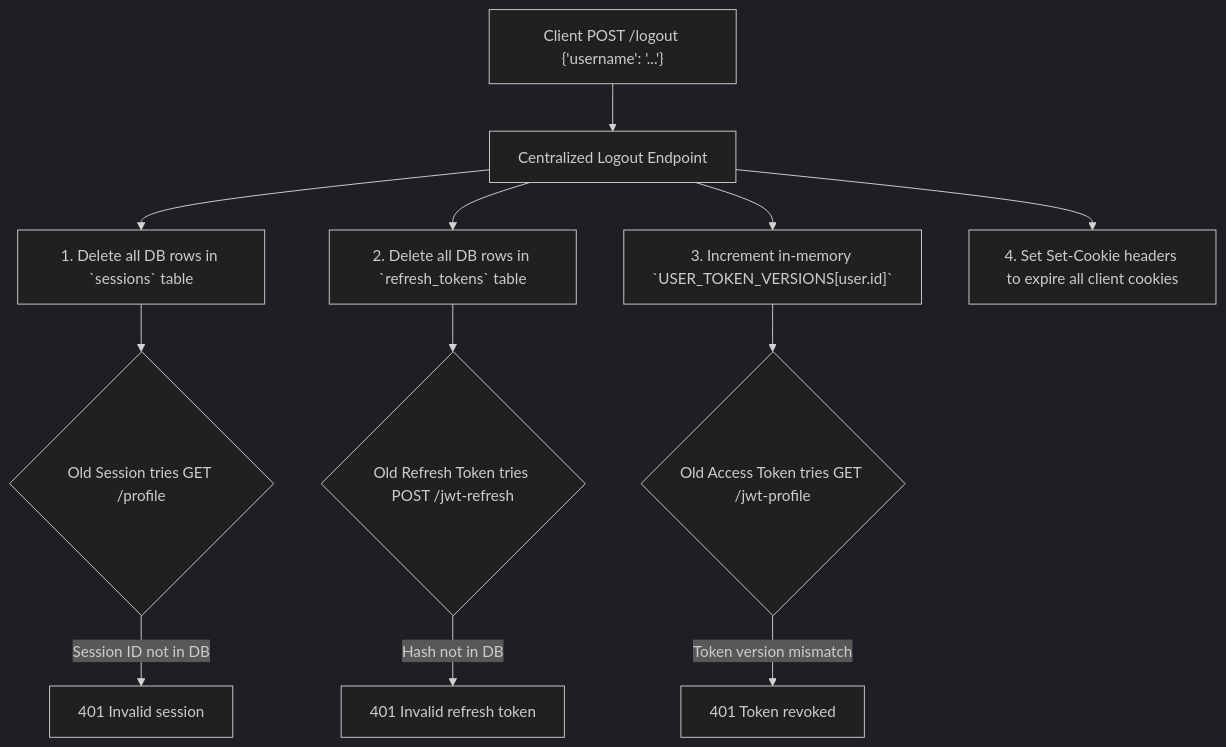
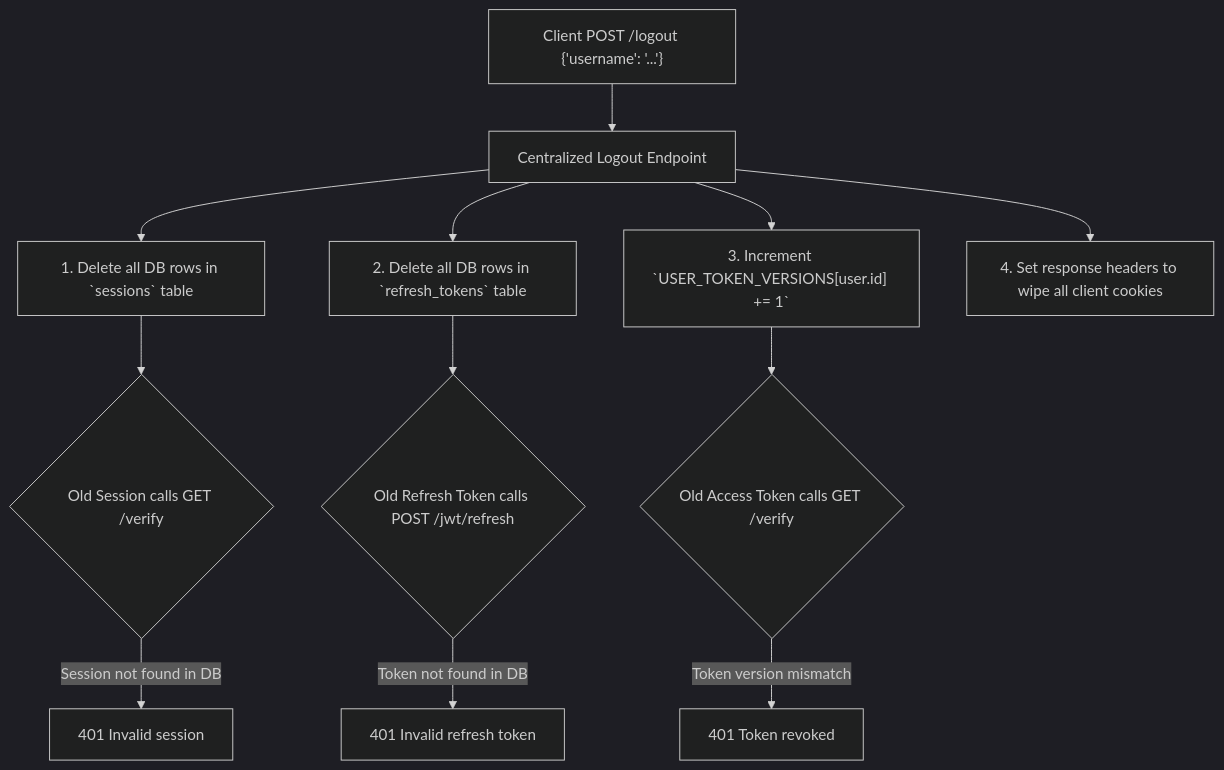
The second of 4 diagrams in Authentication app.md (harish-AK/fastapi-authentican-methods), drawn with Mermaid (dark theme) before and after one commit. The commit also changed other lines of this file, not shown here.

````diff
--- a/Authentication app.md
+++ b/Authentication app.md
@@ -1787,17 +340,17 @@
 ```mermaid
 flowchart TD
-    Client["Client POST /logout {'username': '...'}"] --> Endpoint["Centralized Logout Endpoint"]
-    Endpoint --> S1["1. Delete all DB rows in `sessions` table"]
-    Endpoint --> S2["2. Delete all DB rows in `refresh_tokens` table"]
-    Endpoint --> S3["3. Increment in-memory `USER_TOKEN_VERSIONS[user.id]`"]
-    Endpoint --> S4["4. Set Set-Cookie headers to expire all client cookies"]
+    Client["Client POST /logout {'username': '...'}"] --> LogoutHandler["Centralized Logout Endpoint"]
+    LogoutHandler --> P1["1. Delete all DB rows in `sessions` table"]
+    LogoutHandler --> P2["2. Delete all DB rows in `refresh_tokens` table"]
+    LogoutHandler --> P3["3. Increment `USER_TOKEN_VERSIONS[user.id] += 1`"]
+    LogoutHandler --> P4["4. Set response headers to wipe all client cookies"]
 
-    S1 --> ProfileCheck{"Old Session tries GET /profile"}
-    ProfileCheck -->|Session ID not in DB| 401A["401 Invalid session"]
+    P1 --> CheckSession{"Old Session calls GET /verify"}
+    CheckSession -->|Session not found in DB| 401A["401 Invalid session"]
 
-    S2 --> RefreshCheck{"Old Refresh Token tries POST /jwt-refresh"}
-    RefreshCheck -->|Hash not in DB| 401B["401 Invalid refresh token"]
+    P2 --> CheckRefresh{"Old Refresh Token calls POST /jwt/refresh"}
+    CheckRefresh -->|Token not found in DB| 401B["401 Invalid refresh token"]
 
-    S3 --> JWTCheck{"Old Access Token tries GET /jwt-profile"}
-    JWTCheck -->|Token version mismatch| 401C["401 Token revoked"]
+    P3 --> CheckJWT{"Old Access Token calls GET /verify"}
+    CheckJWT -->|Token version mismatch| 401C["401 Token revoked"]
 ```
````
